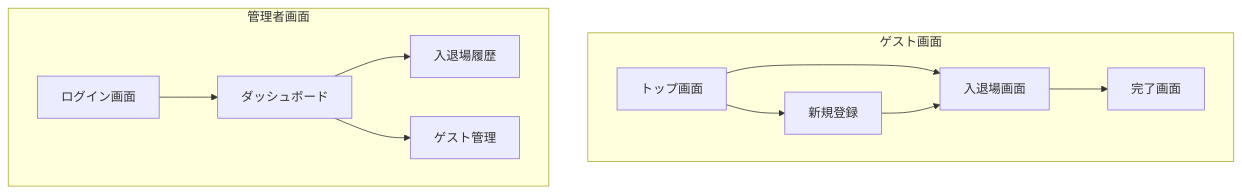
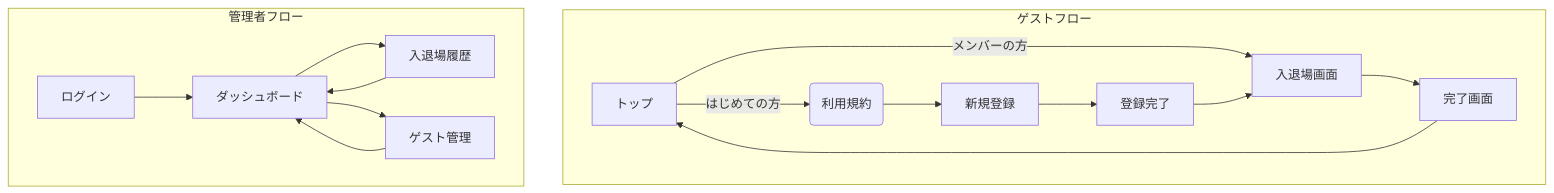
One commit to SetozakiLab/tecnova-checkin-system changed the diagram in docs/REQUIREMENTS.md. Above: the diagram before and after it, drawn with Mermaid. The commit also changed other lines of this file, not shown here.

````diff
--- a/docs/REQUIREMENTS.md
+++ b/docs/REQUIREMENTS.md
@@ -90,14 +86,20 @@
   ```mermaid
   graph TD
-      subgraph ゲスト画面
-          A[トップ画面] --> B[新規登録];
-          A --> C[入退場画面];
-          B --> C;
-          C --> D[完了画面];
+      subgraph ゲストフロー
+          A[トップ] -->|はじめての方| B(利用規約);
+          A -->|メンバーの方| E[入退場画面];
+          B --> C[新規登録];
+          C --> D[登録完了];
+          D --> E;
+          E --> F[完了画面];
+          F --> A;
       end
-      subgraph 管理者画面
-          E[ログイン画面] --> F[ダッシュボード];
-          F --> G[入退場履歴];
-          F --> H[ゲスト管理];
+
+      subgraph 管理者フロー
+          G[ログイン] --> H[ダッシュボード];
+          H --> I[入退場履歴];
+          H --> J[ゲスト管理];
+          I --> H;
+          J --> H;
       end
   ```
````
